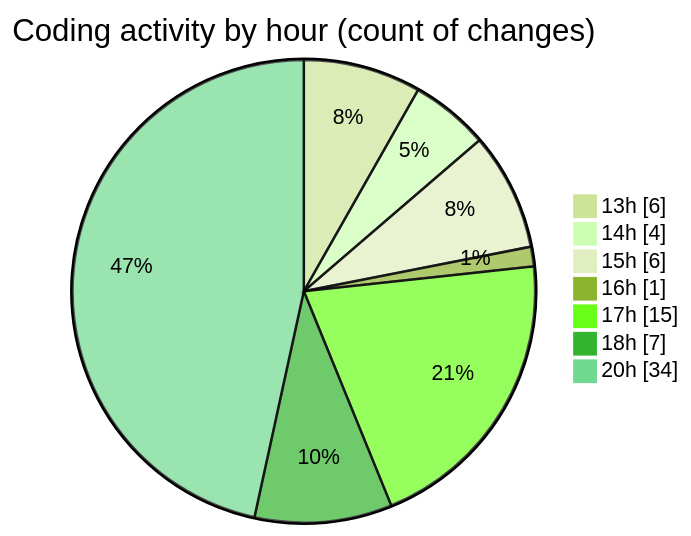
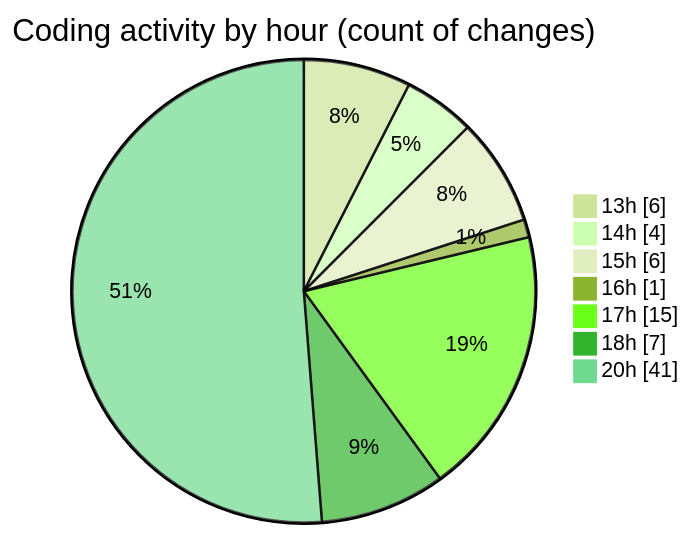
Before and after one commit to Elitesun/code-tracking: the second of 2 diagrams in 2025-05-17/niten/README.md, drawn with Mermaid (forest theme). The commit also changed other lines of this file and 1 other file, not shown here.

````diff
--- a/2025-05-17/niten/README.md
+++ b/2025-05-17/niten/README.md
@@ -60,11 +65,11 @@
 ```mermaid
 pie showData
 title Coding activity by hour (count of changes)
 "13h" : 6
 "14h" : 4
 "15h" : 6
 "16h" : 1
 "17h" : 15
 "18h" : 7
-"20h" : 34
+"20h" : 41
 ```
````
